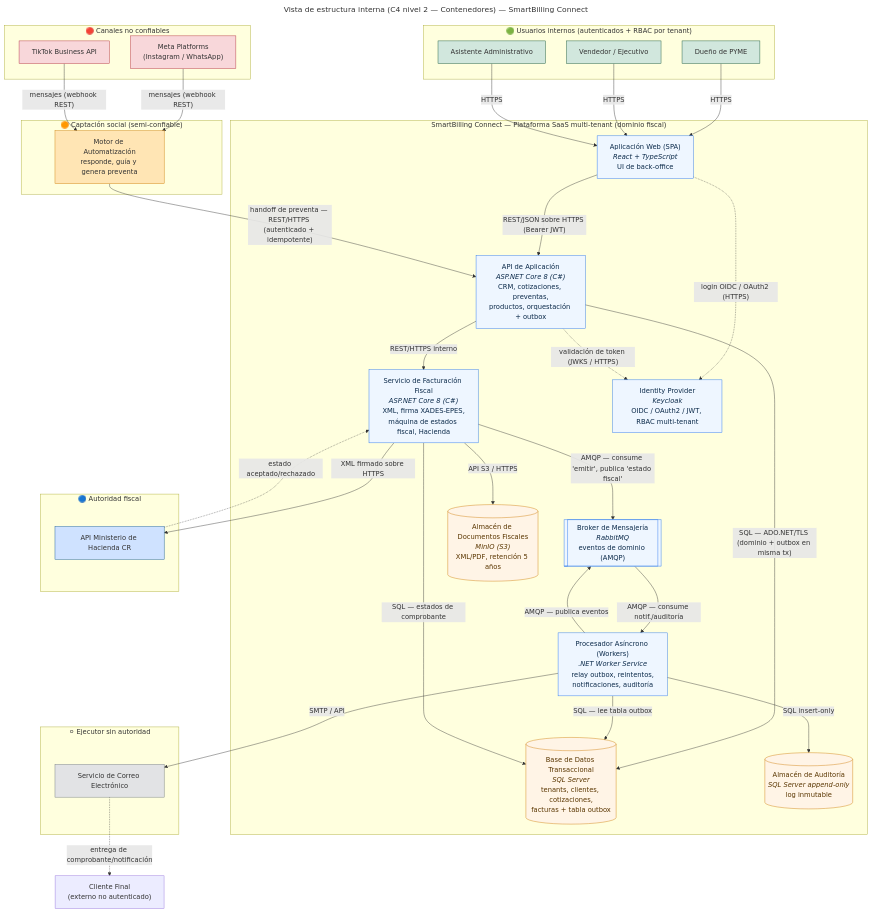
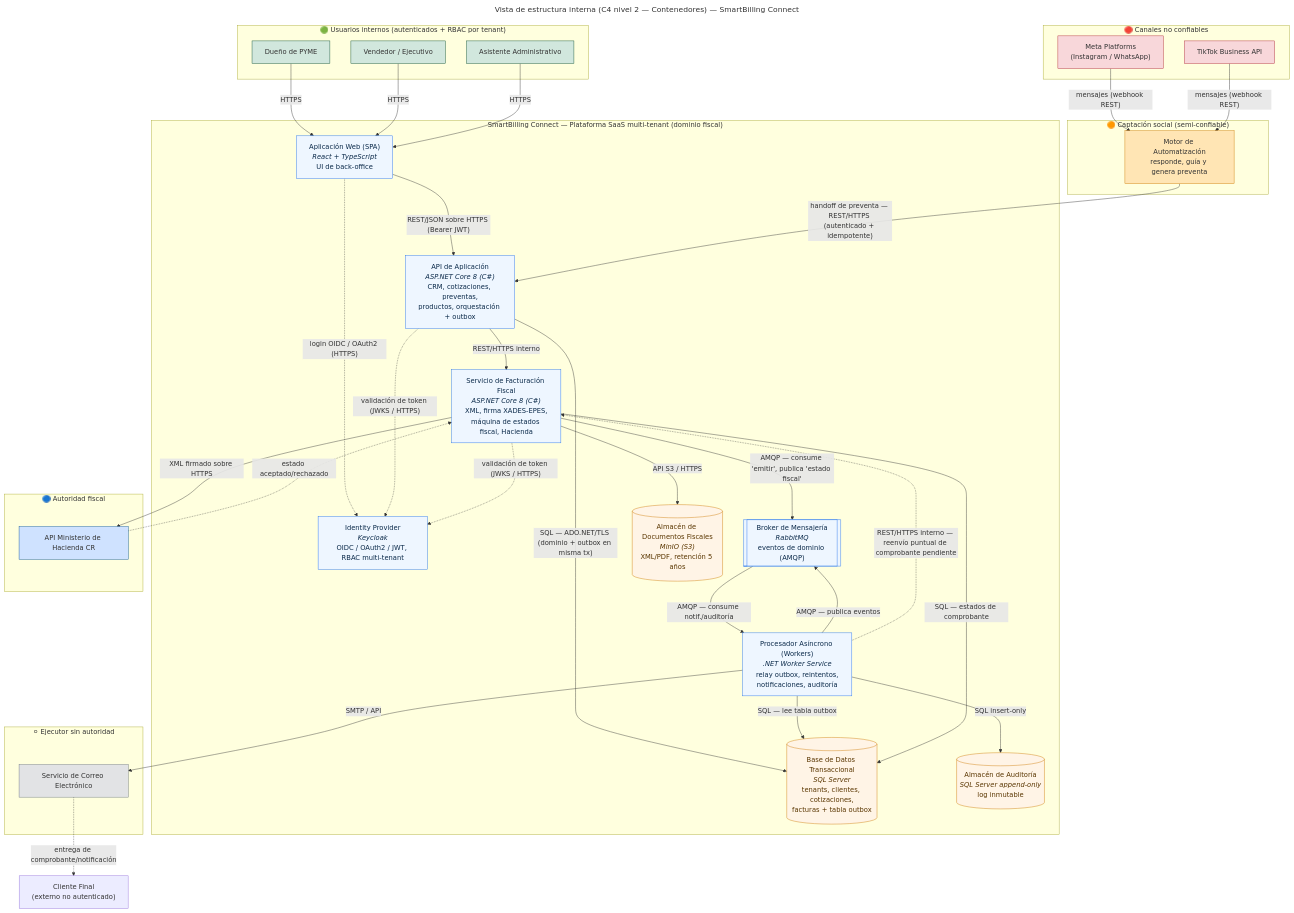
One commit to amoramongeCenfo/PSWE-04-Dise-o-de-Sistemas-de-Software changed the diagram in diagramas/c4-contenedores.mmd. Above: the diagram before and after it, drawn with Mermaid. The commit also changed 3 other files, not shown here.

First line of the commit message:
docs(diagramas): completar aristas faltantes en las vistas de contenedores y workers

```diff
--- a/diagramas/c4-contenedores.mmd
+++ b/diagramas/c4-contenedores.mmd
@@ -1,82 +1,84 @@
 ---
 title: Vista de estructura interna (C4 nivel 2 — Contenedores) — SmartBilling Connect
 ---
 flowchart TB
     %% ===== Actores internos (confiables) =====
     subgraph INTERNO["🟢 Usuarios internos (autenticados + RBAC por tenant)"]
         PYME["Dueño de PYME"]
         VEND["Vendedor / Ejecutivo"]
         ASIS["Asistente Administrativo"]
     end
 
     %% ===== Plataforma SmartBilling Connect =====
     subgraph SBC["SmartBilling Connect — Plataforma SaaS multi-tenant (dominio fiscal)"]
         SPA["Aplicación Web (SPA)<br/><i>React + TypeScript</i><br/>UI de back-office"]
         API["API de Aplicación<br/><i>ASP.NET Core 8 (C#)</i><br/>CRM, cotizaciones, preventas,<br/>productos, orquestación + outbox"]
         FISCAL["Servicio de Facturación Fiscal<br/><i>ASP.NET Core 8 (C#)</i><br/>XML, firma XADES-EPES,<br/>máquina de estados fiscal, Hacienda"]
         WORKER["Procesador Asíncrono (Workers)<br/><i>.NET Worker Service</i><br/>relay outbox, reintentos,<br/>notificaciones, auditoría"]
         IDP["Identity Provider<br/><i>Keycloak</i><br/>OIDC / OAuth2 / JWT, RBAC multi-tenant"]
         BROKER[["Broker de Mensajería<br/><i>RabbitMQ</i><br/>eventos de dominio (AMQP)"]]
         DBTX[("Base de Datos Transaccional<br/><i>SQL Server</i><br/>tenants, clientes, cotizaciones,<br/>facturas + tabla outbox")]
         DBAUD[("Almacén de Auditoría<br/><i>SQL Server append-only</i><br/>log inmutable")]
         DOCS[("Almacén de Documentos Fiscales<br/><i>MinIO (S3)</i><br/>XML/PDF, retención 5 años")]
     end
 
     %% ===== Sistemas y actores externos (consistentes con vista de contexto 7.1) =====
     CLI["Cliente Final<br/>(externo no autenticado)"]
     subgraph AUTORIDAD["🔵 Autoridad fiscal"]
         HAC["API Ministerio de Hacienda CR"]
     end
     subgraph ORQ["🟠 Captación social (semi-confiable)"]
         MOTOR["Motor de Automatización<br/>responde, guía y genera preventa"]
     end
     subgraph CANALES["🔴 Canales no confiables"]
         META["Meta Platforms<br/>(Instagram / WhatsApp)"]
         TIKTOK["TikTok Business API"]
     end
     subgraph EJEC["⚪ Ejecutor sin autoridad"]
         MAIL["Servicio de Correo Electrónico"]
     end
 
     %% ===== Relaciones internas (con protocolo) =====
     PYME -->|HTTPS| SPA
     VEND -->|HTTPS| SPA
     ASIS -->|HTTPS| SPA
     SPA -->|"REST/JSON sobre HTTPS (Bearer JWT)"| API
     SPA -.->|"login OIDC / OAuth2 (HTTPS)"| IDP
     API -.->|"validación de token (JWKS / HTTPS)"| IDP
+    FISCAL -.->|"validación de token (JWKS / HTTPS)"| IDP
     API -->|"SQL — ADO.NET/TLS (dominio + outbox en misma tx)"| DBTX
     API -->|"REST/HTTPS interno"| FISCAL
 
     WORKER -->|"SQL — lee tabla outbox"| DBTX
     WORKER -->|"AMQP — publica eventos"| BROKER
     FISCAL -->|"AMQP — consume 'emitir', publica 'estado fiscal'"| BROKER
     BROKER -->|"AMQP — consume notif./auditoría"| WORKER
     WORKER -->|"SQL insert-only"| DBAUD
+    WORKER -.->|"REST/HTTPS interno — reenvío puntual de comprobante pendiente"| FISCAL
     FISCAL -->|"SQL — estados de comprobante"| DBTX
     FISCAL -->|"API S3 / HTTPS"| DOCS
 
     %% ===== Relaciones externas (consistentes con contexto) =====
     MOTOR -->|"handoff de preventa — REST/HTTPS (autenticado + idempotente)"| API
     META -->|"mensajes (webhook REST)"| MOTOR
     TIKTOK -->|"mensajes (webhook REST)"| MOTOR
     FISCAL -->|"XML firmado sobre HTTPS"| HAC
     HAC -.->|"estado aceptado/rechazado"| FISCAL
     WORKER -->|"SMTP / API"| MAIL
     MAIL -.->|"entrega de comprobante/notificación"| CLI
 
     %% ===== Estilos =====
     classDef plat fill:#eef6ff,stroke:#1f6feb,color:#0b2a4a;
     classDef store fill:#fff4e6,stroke:#cc7a00,color:#5a3600;
     classDef autoridad fill:#cfe2ff,stroke:#0b5394;
     classDef canal fill:#f8d7da,stroke:#b02a37;
     classDef orq fill:#ffe5b4,stroke:#cc7a00;
     classDef ejec fill:#e2e3e5,stroke:#6c757d;
     classDef interno fill:#d1e7dd,stroke:#0f5132;
     class SPA,API,FISCAL,WORKER,IDP,BROKER plat;
     class DBTX,DBAUD,DOCS store;
     class HAC autoridad;
     class META,TIKTOK canal;
     class MOTOR orq;
     class MAIL ejec;
     class PYME,VEND,ASIS interno;
```
